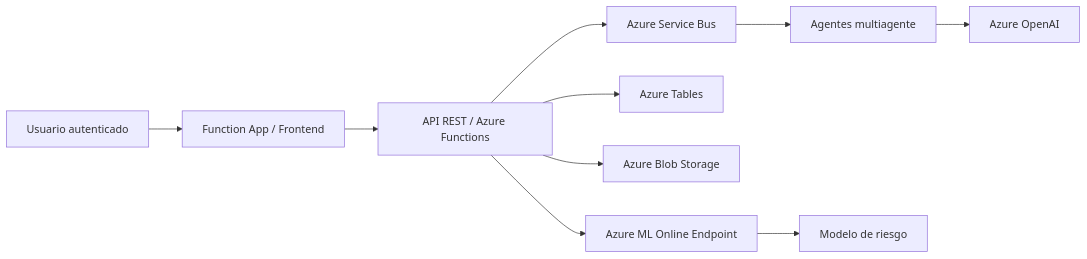
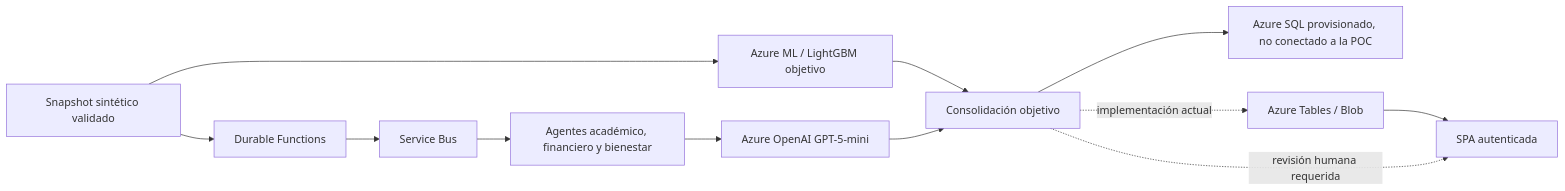
The diagram in README.md (Wizar-Cyber/FUMC_Analytic-Core), drawn with Mermaid before and after one commit. The commit also changed other lines of this file and 74 other files, not shown here.

````diff
--- a/README.md
+++ b/README.md
@@ -16,12 +31,14 @@
 ```mermaid
 flowchart LR
-    U[Usuario autenticado] --> SPA[Function App / Frontend]
-    SPA --> API[API REST / Azure Functions]
-    API --> AML[Azure ML Online Endpoint]
-    API --> T[Azure Tables]
-    API --> B[Azure Blob Storage]
-    API --> SB[Azure Service Bus]
-    SB --> AG[Agentes multiagente]
-    AG --> OAI[Azure OpenAI]
-    AML --> MOD[Modelo de riesgo]
+	S[Snapshot sintético validado] --> ML[Azure ML / LightGBM objetivo]
+	S --> ORQ[Durable Functions]
+	ORQ --> SB[Service Bus]
+	SB --> AG[Agentes académico, financiero y bienestar]
+	AG --> OAI[Azure OpenAI GPT-5-mini]
+	ML --> JOIN[Consolidación objetivo]
+	OAI --> JOIN
+	JOIN --> SQL[Azure SQL provisionado, no conectado a la POC]
+	JOIN -. implementación actual .-> TB[Azure Tables / Blob]
+	TB --> SPA[SPA autenticada]
+	JOIN -. revisión humana requerida .-> SPA
 ```
````
